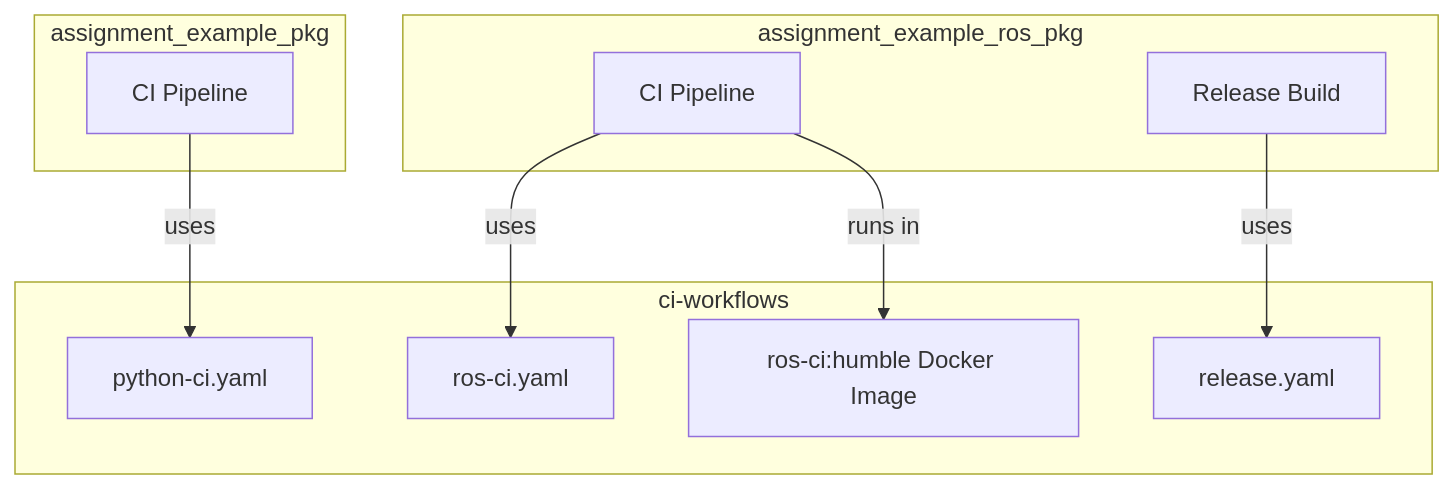
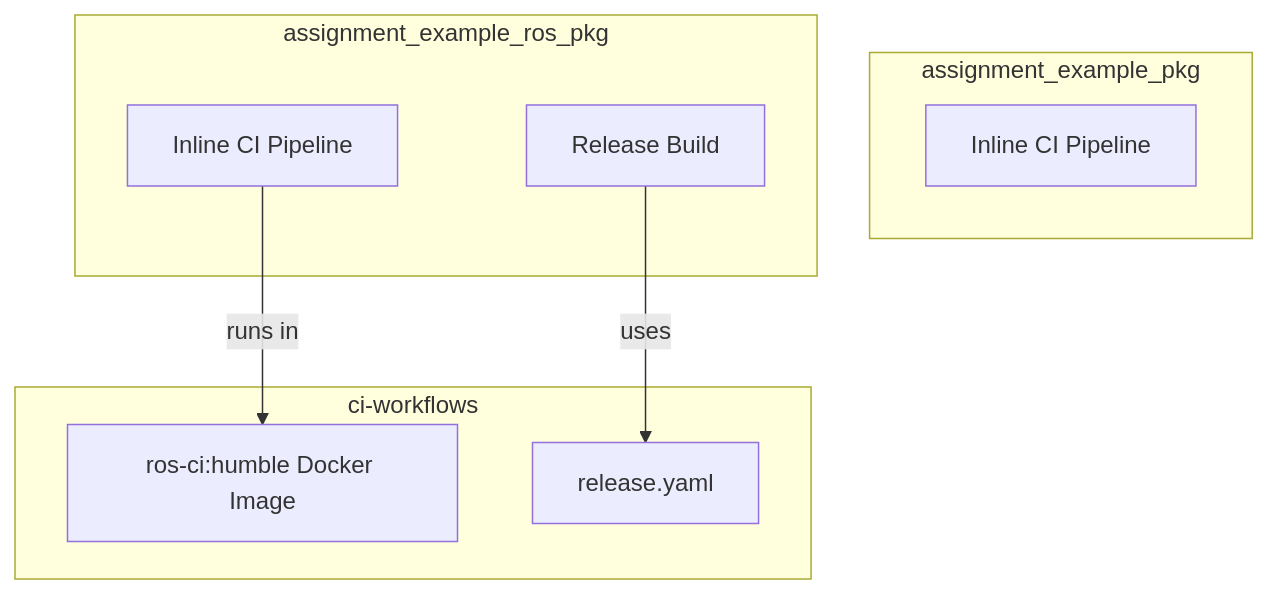
The diagram in README.md (calebjakemossey/ci-workflows), drawn with Mermaid before and after one commit. The commit also changed other lines of this file and 2 other files, not shown here.

First line of the commit message:
Remove python-ci and ros-ci reusable workflows (#12)

````diff
--- a/README.md
+++ b/README.md
@@ -9,19 +9,16 @@
 ```mermaid
 graph TB
     subgraph ci-workflows
         IMG[ros-ci:humble Docker Image]
-        PY[python-ci.yaml]
-        ROS[ros-ci.yaml]
         REL[release.yaml]
     end
 
     subgraph assignment_example_pkg
-        PY_CI[CI Pipeline] -->|uses| PY
+        PY_CI[Inline CI Pipeline]
     end
 
     subgraph assignment_example_ros_pkg
-        ROS_CI[CI Pipeline] -->|uses| ROS
-        ROS_CI -->|runs in| IMG
+        ROS_CI[Inline CI Pipeline] -->|runs in| IMG
         RELEASE[Release Build] -->|uses| REL
     end
 ```
````
